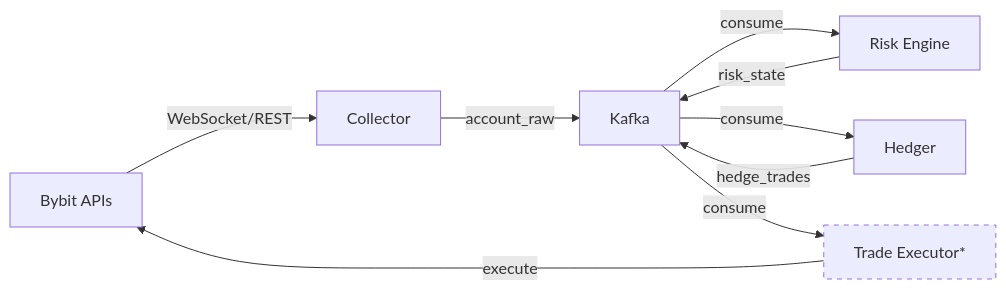
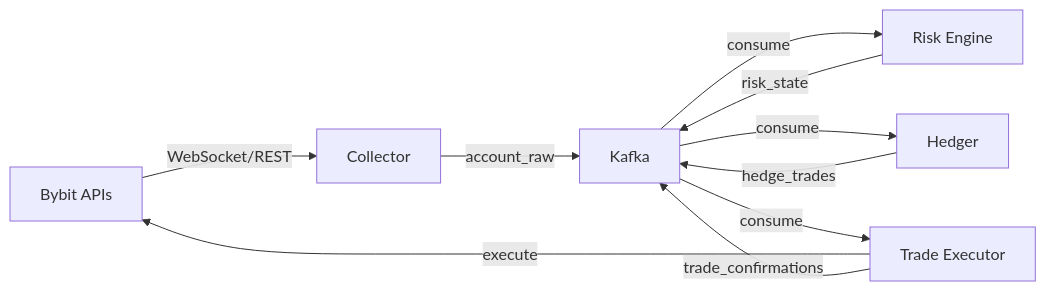
One commit to blackms/HedgeLock changed the diagram in README.md. Above: the diagram before and after it, drawn with Mermaid. The commit also changed other lines of this file and 5 other files, not shown here.

Commit message:
test(HL-07-7): add integration tests for trade executor

````diff
--- a/README.md
+++ b/README.md
@@ -20,13 +20,12 @@
 ```mermaid
 graph LR
     A[Bybit APIs] -->|WebSocket/REST| B[Collector]
     B -->|account_raw| C[Kafka]
     C -->|consume| D[Risk Engine]
     D -->|risk_state| C
     C -->|consume| E[Hedger]
     E -->|hedge_trades| C
-    C -->|consume| F[Trade Executor*]
+    C -->|consume| F[Trade Executor]
     F -->|execute| A
-    
-    style F stroke-dasharray: 5 5
+    F -->|trade_confirmations| C
 ```
````
